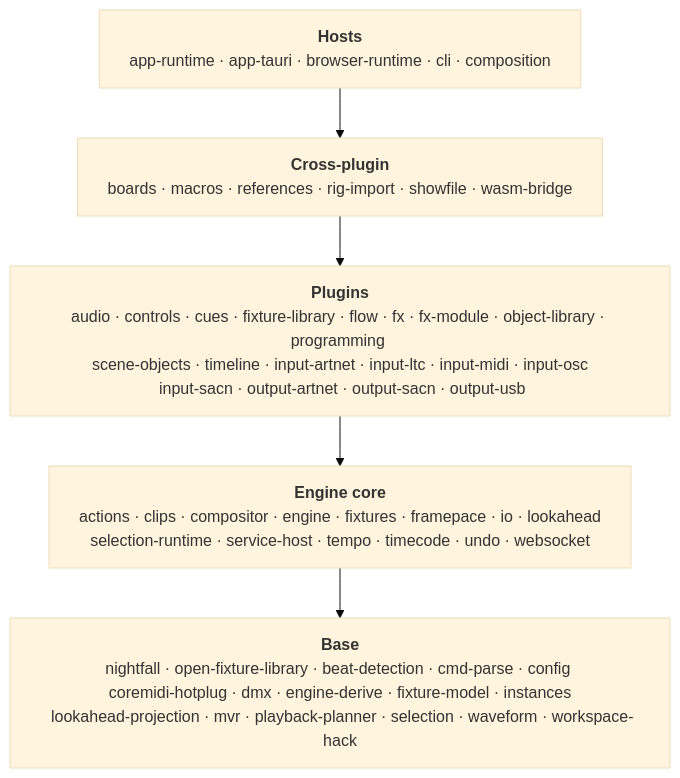
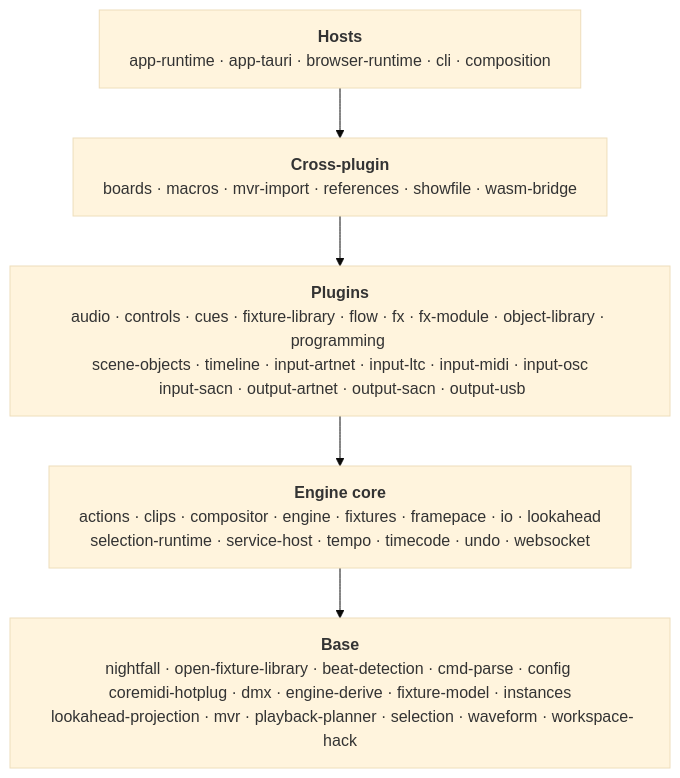
Before and after one commit to stewartadam/nightfall-lightdesk: the diagram in docs/internal/src/architecture/crate-map.md, drawn with Mermaid (base theme). The commit also changed other lines of this file and 15 other files, not shown here.

First line of the commit message:
refactor(engine:mvr-import): rename the rig-import crate to mvr-import

````diff
--- a/docs/internal/src/architecture/crate-map.md
+++ b/docs/internal/src/architecture/crate-map.md
@@ -13,16 +13,16 @@
 ```mermaid
 ---
 config:
   flowchart:
     wrappingWidth: 600
 ---
 flowchart TB
   accTitle: Crate layers, their crates, and allowed dependencies
   accDescr: Five layers from hosts down to base, each listing its crates. Each layer may depend on any layer below it. Plugin crates may not depend on other plugin crates.
   hosts["<b>Hosts</b><br/>app-runtime · app-tauri · browser-runtime · cli · composition"]
-  crossPlugin["<b>Cross-plugin</b><br/>boards · macros · references · rig-import · showfile · wasm-bridge"]
+  crossPlugin["<b>Cross-plugin</b><br/>boards · macros · mvr-import · references · showfile · wasm-bridge"]
   plugins["<b>Plugins</b><br/>audio · controls · cues · fixture-library · flow · fx · fx-module · object-library · programming <br/> scene-objects · timeline · input-artnet · input-ltc · input-midi · input-osc <br /> input-sacn · output-artnet · output-sacn · output-usb"]
   engineCore["<b>Engine core</b><br/>actions · clips · compositor · engine · fixtures · framepace · io · lookahead <br /> selection-runtime · service-host · tempo · timecode · undo · websocket"]
   base["<b>Base</b><br/>nightfall · open-fixture-library · beat-detection · cmd-parse · config <br /> coremidi-hotplug · dmx · engine-derive · fixture-model · instances <br /> lookahead-projection · mvr · playback-planner · selection · waveform · workspace-hack"]
   hosts --> crossPlugin --> plugins --> engineCore --> base
 ```
````
